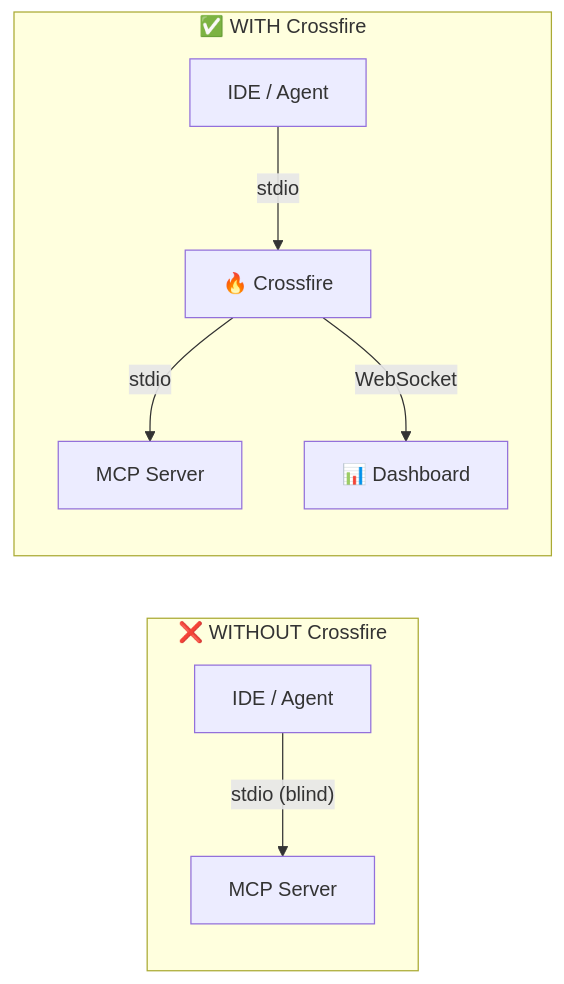
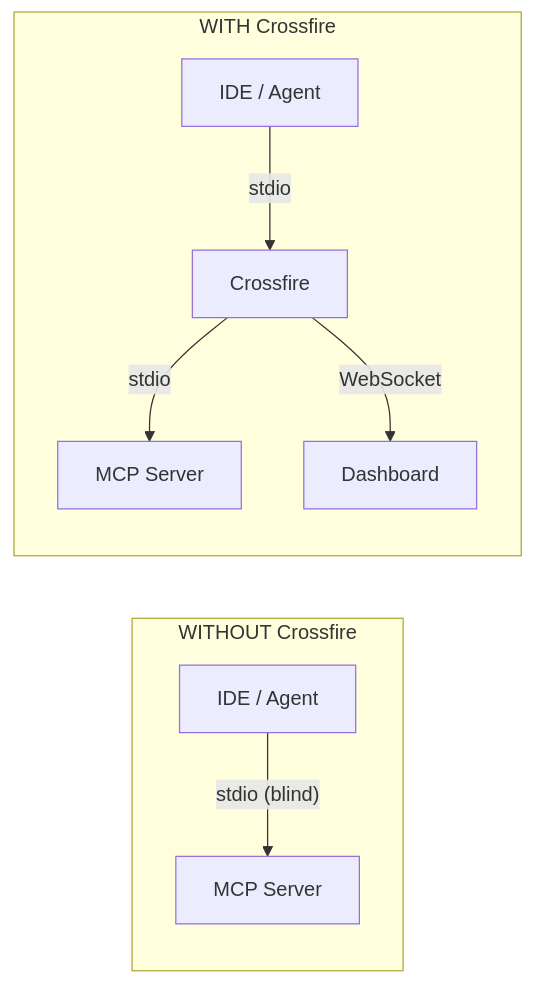
The first of 5 diagrams in README.md (Yugandhar-G/crossfire), drawn with Mermaid before and after one commit. The commit also changed other lines of this file, not shown here.

````diff
--- a/README.md
+++ b/README.md
@@ -40,12 +118,12 @@
 ```mermaid
 graph LR
-    subgraph Before["❌ WITHOUT Crossfire"]
+    subgraph Before["WITHOUT Crossfire"]
         B_IDE["IDE / Agent"] -->|"stdio (blind)"| B_MCP["MCP Server"]
     end
 
-    subgraph After["✅ WITH Crossfire"]
-        A_IDE["IDE / Agent"] -->|"stdio"| A_PROXY["🔥 Crossfire"]
+    subgraph After["WITH Crossfire"]
+        A_IDE["IDE / Agent"] -->|"stdio"| A_PROXY["Crossfire"]
         A_PROXY -->|"stdio"| A_MCP["MCP Server"]
-        A_PROXY -->|"WebSocket"| A_DASH["📊 Dashboard"]
+        A_PROXY -->|"WebSocket"| A_DASH["Dashboard"]
     end
 ```
````
